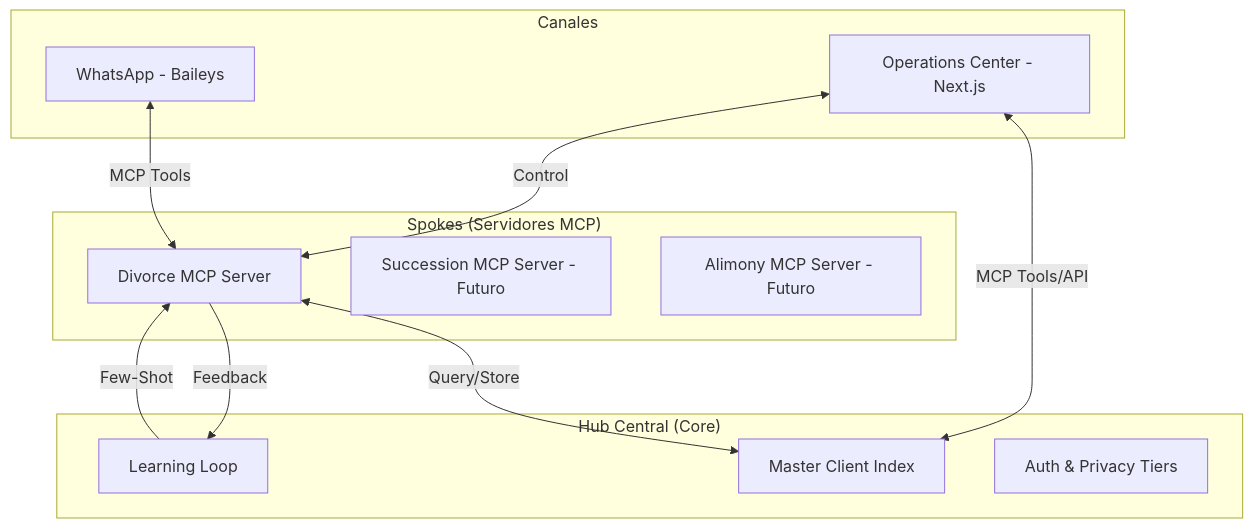
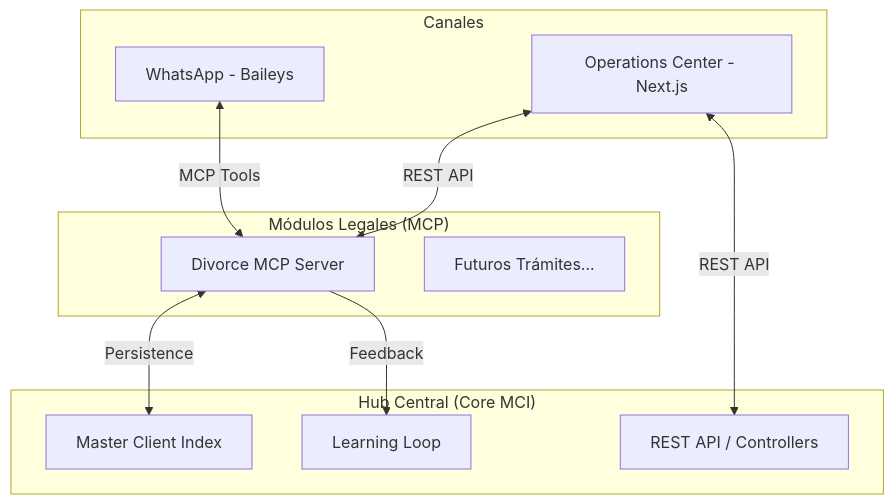
One commit to Evincere/lawrabot changed the first of 4 diagrams in TechSpecs.md. Above: the diagram before and after it, drawn with Mermaid. The commit also changed other lines of this file and 2 other files, not shown here.

Commit message:
feat: implementacion robusta de scraper BLSG con auth federada (MS/Keycloak) y validacion RegEx

````diff
--- a/TechSpecs.md
+++ b/TechSpecs.md
@@ -13,26 +13,24 @@
 ```mermaid
 graph TD
     subgraph Canales
         WA[WhatsApp - Baileys]
         Web[Operations Center - Next.js]
     end
 
-    subgraph "Hub Central (Core)"
+    subgraph "Hub Central (Core MCI)"
         MCI[Master Client Index]
         LL[Learning Loop]
-        RBAC[Auth & Privacy Tiers]
+        API[REST API / Controllers]
     end
 
-    subgraph "Spokes (Servidores MCP)"
+    subgraph "Módulos Legales (MCP)"
         Divorce[Divorce MCP Server]
-        Succ[Succession MCP Server - Futuro]
-        Alimony[Alimony MCP Server - Futuro]
+        Future[Futuros Trámites...]
     end
 
     WA <-->|MCP Tools| Divorce
-    Web <-->|MCP Tools/API| MCI
-    Web <-->|Control| Divorce
-    Divorce <-->|Query/Store| MCI
+    Web <-->|REST API| API
+    Web <-->|REST API| Divorce
+    Divorce <-->|Persistence| MCI
     Divorce -->|Feedback| LL
-    LL -->|Few-Shot| Divorce
 ```
````
